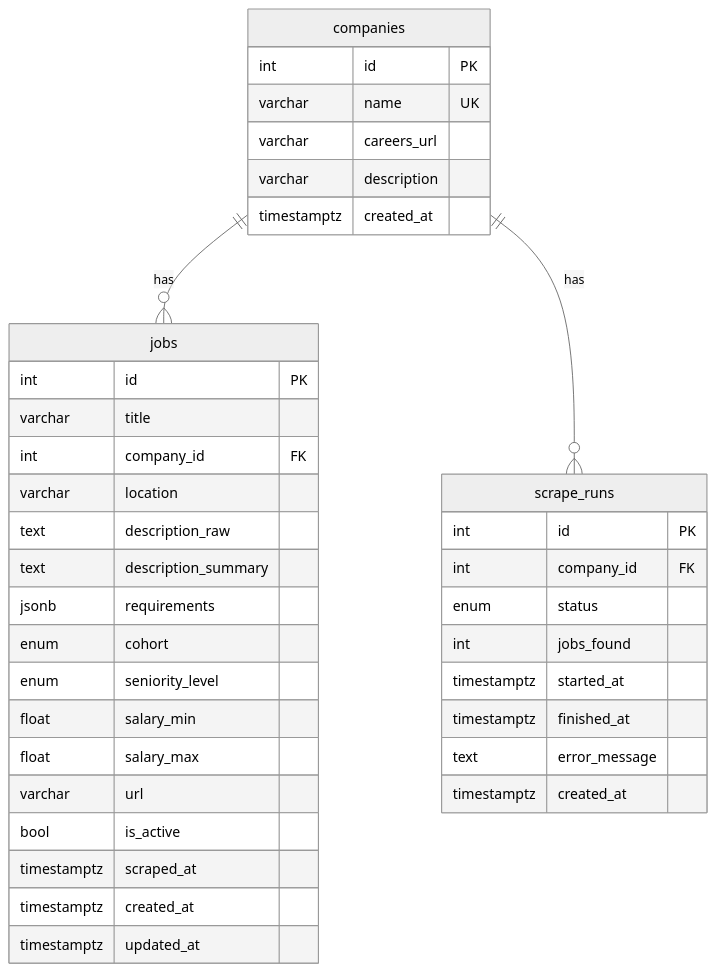
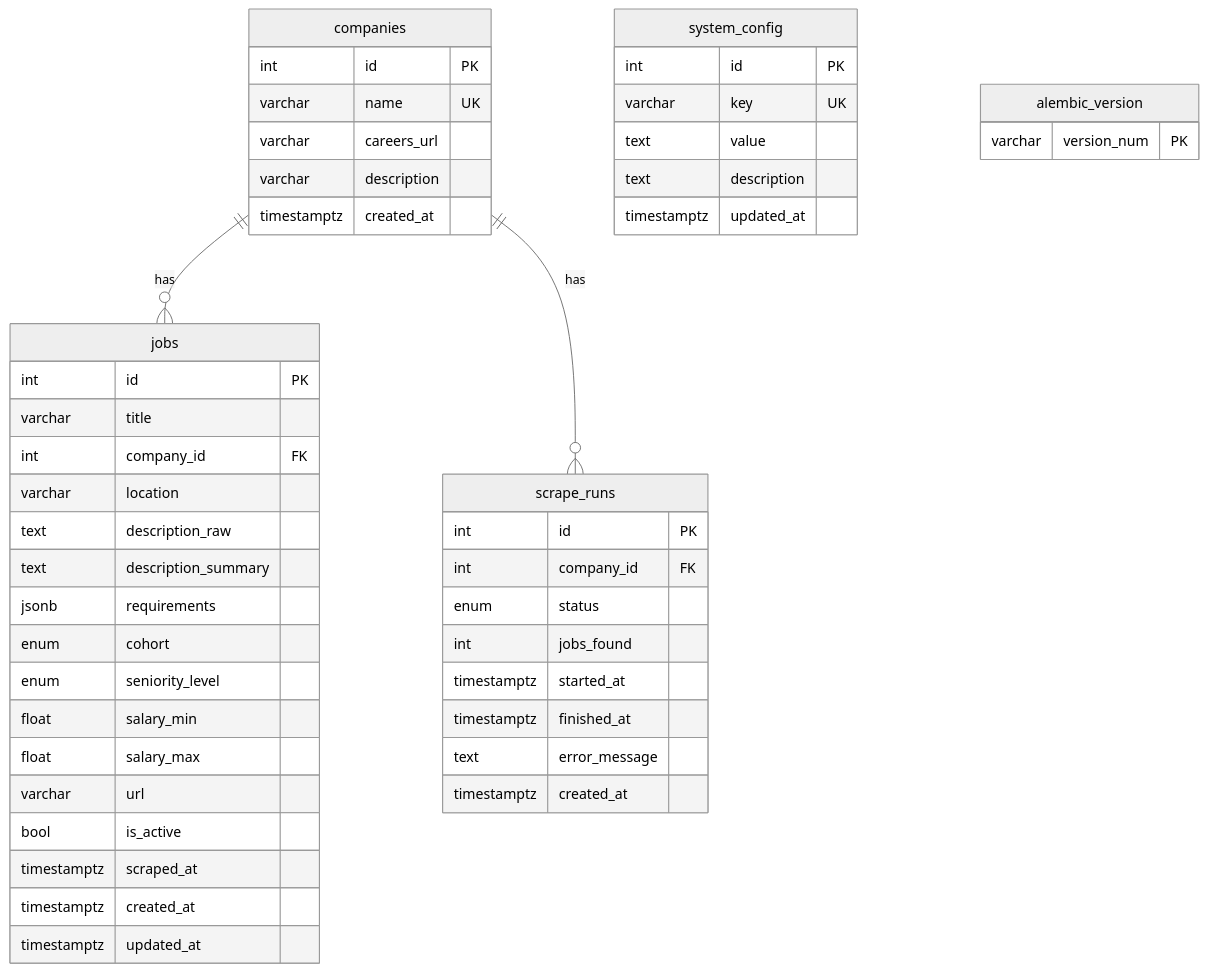
Before and after one commit to scarletxyh/AutoApply-Agent: the diagram in README.md, drawn with Mermaid (neutral theme). The commit also changed other lines of this file and 17 other files, not shown here.

````diff
--- a/README.md
+++ b/README.md
@@ -69,40 +75,50 @@
 ```mermaid
 erDiagram
     companies ||--o{ jobs : has
     companies ||--o{ scrape_runs : has
+    system_config {
+        int id PK
+        varchar key UK
+        text value
+        text description
+        timestamptz updated_at
+    }
+    alembic_version {
+        varchar version_num PK
+    }
     companies {
         int id PK
         varchar name UK
         varchar careers_url
         varchar description
         timestamptz created_at
     }
     jobs {
         int id PK
         varchar title
         int company_id FK
         varchar location
         text description_raw
         text description_summary
         jsonb requirements
         enum cohort
         enum seniority_level
         float salary_min
         float salary_max
         varchar url
         bool is_active
         timestamptz scraped_at
         timestamptz created_at
         timestamptz updated_at
     }
     scrape_runs {
         int id PK
         int company_id FK
         enum status
         int jobs_found
         timestamptz started_at
         timestamptz finished_at
         text error_message
         timestamptz created_at
     }
 ```
````
